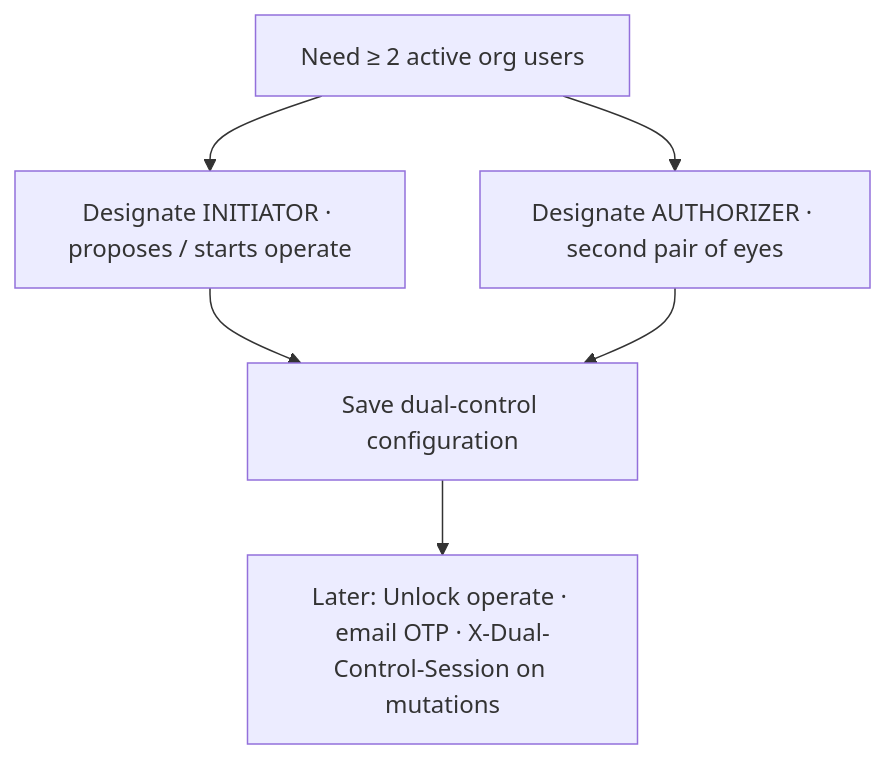
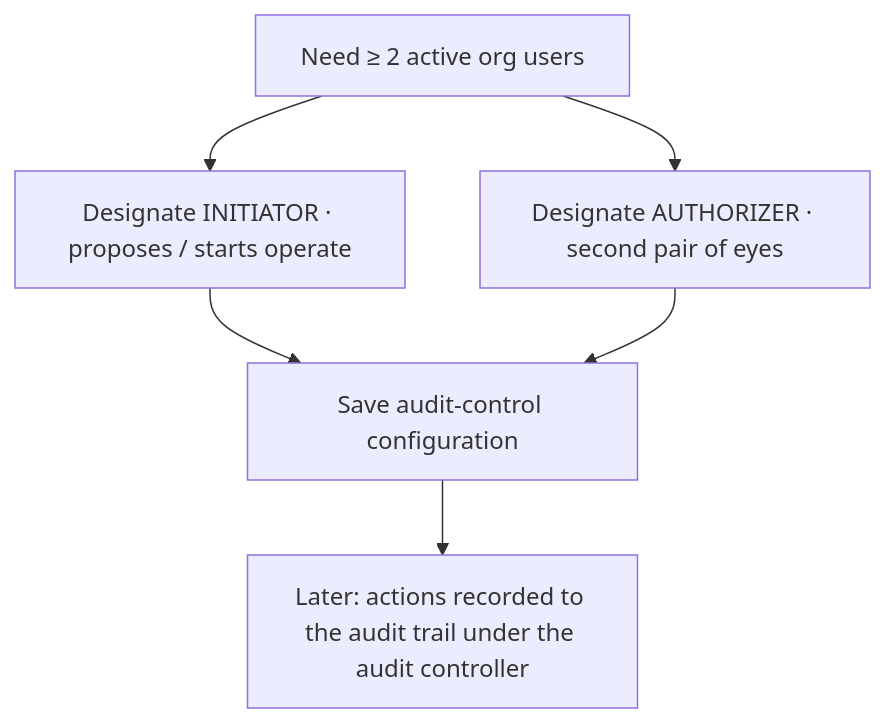
One commit to Phantom-Fort/phantix-platform changed the diagram in docs/how-to/platform/04-assign-dual-control.md. Above: the diagram before and after it, drawn with Mermaid. The commit also changed other lines of this file and 4 other files, not shown here.

First line of the commit message:
docs(platform): how-to copy now describes audit control, not an unlock flow

````diff
--- a/docs/how-to/platform/04-assign-dual-control.md
+++ b/docs/how-to/platform/04-assign-dual-control.md
@@ -12,7 +12,7 @@
 ```mermaid
 flowchart TD
   A[Need ≥ 2 active org users] --> B[Designate INITIATOR · proposes / starts operate]
   A --> C[Designate AUTHORIZER · second pair of eyes]
-  B & C --> D[Save dual-control configuration]
-  D --> E[Later: Unlock operate · email OTP · X-Dual-Control-Session on mutations]
+  B & C --> D[Save audit-control configuration]
+  D --> E[Later: actions recorded to the audit trail under the audit controller]
 ```
````
